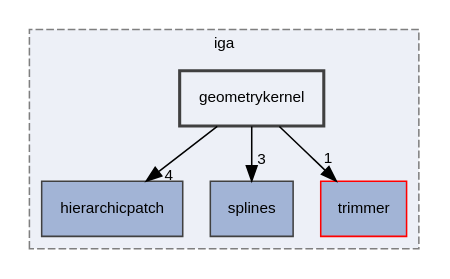
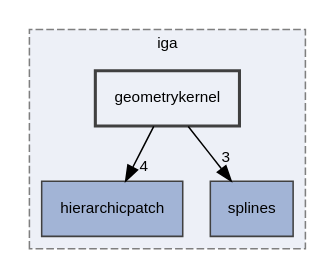
One commit to rath3t/dune-iga-doc changed the diagram in dir_98571e7345f7327fea7723ec1a12d870_dep.dot. Above: the diagram before and after it, drawn with Graphviz. The commit also changed 583 other files, not shown here.

```diff
--- a/dir_98571e7345f7327fea7723ec1a12d870_dep.dot
+++ b/dir_98571e7345f7327fea7723ec1a12d870_dep.dot
@@ -1,17 +1,15 @@
 digraph "geometrykernel"
 {
  // LATEX_PDF_SIZE
   edge [fontname="Helvetica",fontsize="10",labelfontname="Helvetica",labelfontsize="10"];
   node [fontname="Helvetica",fontsize="10",shape=record];
   compound=true
   subgraph clusterdir_d2a3c23294a1b1015b1b8e8721ddded8 {
     graph [ bgcolor="#edf0f7", pencolor="grey50", style="filled,dashed,", label="iga", fontname="Helvetica", fontsize="10", URL="dir_d2a3c23294a1b1015b1b8e8721ddded8.html"]
   dir_12fc9e68aad46ae2d80ba50ef1c96d76 [shape=box, label="hierarchicpatch", style="filled,", fillcolor="#a2b4d6", color="grey25", URL="dir_12fc9e68aad46ae2d80ba50ef1c96d76.html"];
   dir_479b904809ee7734e338128330b60cdb [shape=box, label="splines", style="filled,", fillcolor="#a2b4d6", color="grey25", URL="dir_479b904809ee7734e338128330b60cdb.html"];
-  dir_7d0c370ab440c4b4f78419bfc8c93eb8 [shape=box, label="trimmer", style="filled,", fillcolor="#a2b4d6", color="red", URL="dir_7d0c370ab440c4b4f78419bfc8c93eb8.html"];
   dir_98571e7345f7327fea7723ec1a12d870 [shape=box, label="geometrykernel", style="filled,bold,", fillcolor="#edf0f7", color="grey25", URL="dir_98571e7345f7327fea7723ec1a12d870.html"];
   }
   dir_98571e7345f7327fea7723ec1a12d870->dir_12fc9e68aad46ae2d80ba50ef1c96d76 [headlabel="4", labeldistance=1.5 headhref="dir_000006_000007.html"];
   dir_98571e7345f7327fea7723ec1a12d870->dir_479b904809ee7734e338128330b60cdb [headlabel="3", labeldistance=1.5 headhref="dir_000006_000017.html"];
-  dir_98571e7345f7327fea7723ec1a12d870->dir_7d0c370ab440c4b4f78419bfc8c93eb8 [headlabel="1", labeldistance=1.5 headhref="dir_000006_000019.html"];
 }
```
